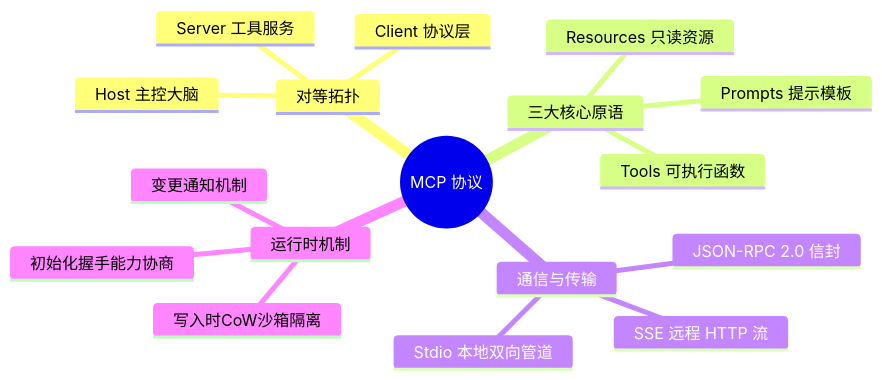
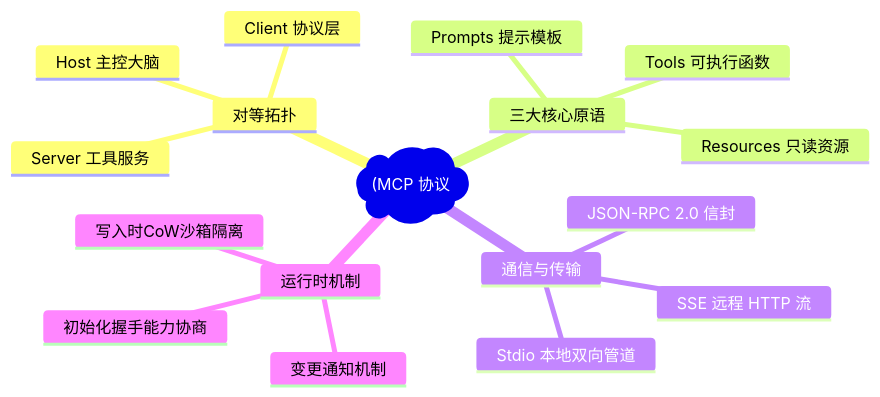
One commit to koosai/AI-Architect-Learning changed the first of 8 diagrams in docs/atlas/mcp.mdx. Above: the diagram before and after it, drawn with Mermaid. The commit also changed other lines of this file and 187 other files, not shown here.

Commit message:
fix(mermaid): fix all unquoted parens and edge label syntax errors across all docs

````diff
--- a/docs/atlas/mcp.mdx
+++ b/docs/atlas/mcp.mdx
@@ -85,20 +85,20 @@
 ```mermaid
 mindmap
-  root((MCP 协议))
+  root("(MCP 协议"))
     对等拓扑
       Host 主控大脑
       Client 协议层
       Server 工具服务
     三大核心原语
       Resources 只读资源
       Prompts 提示模板
       Tools 可执行函数
     通信与传输
       JSON-RPC 2.0 信封
       Stdio 本地双向管道
       SSE 远程 HTTP 流
     运行时机制
       初始化握手能力协商
       变更通知机制
       写入时CoW沙箱隔离
 ```
````
